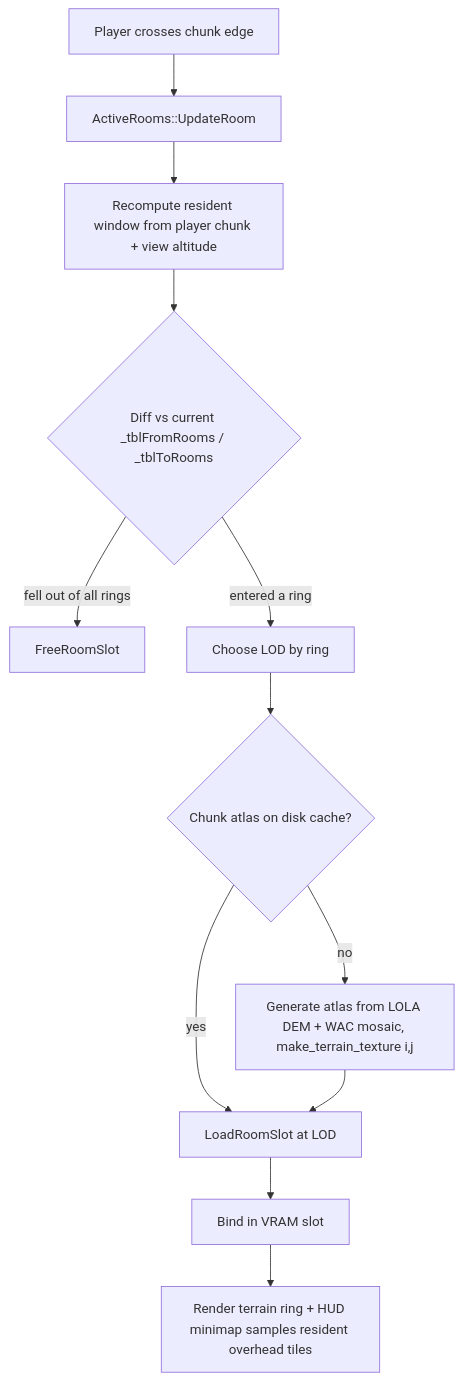
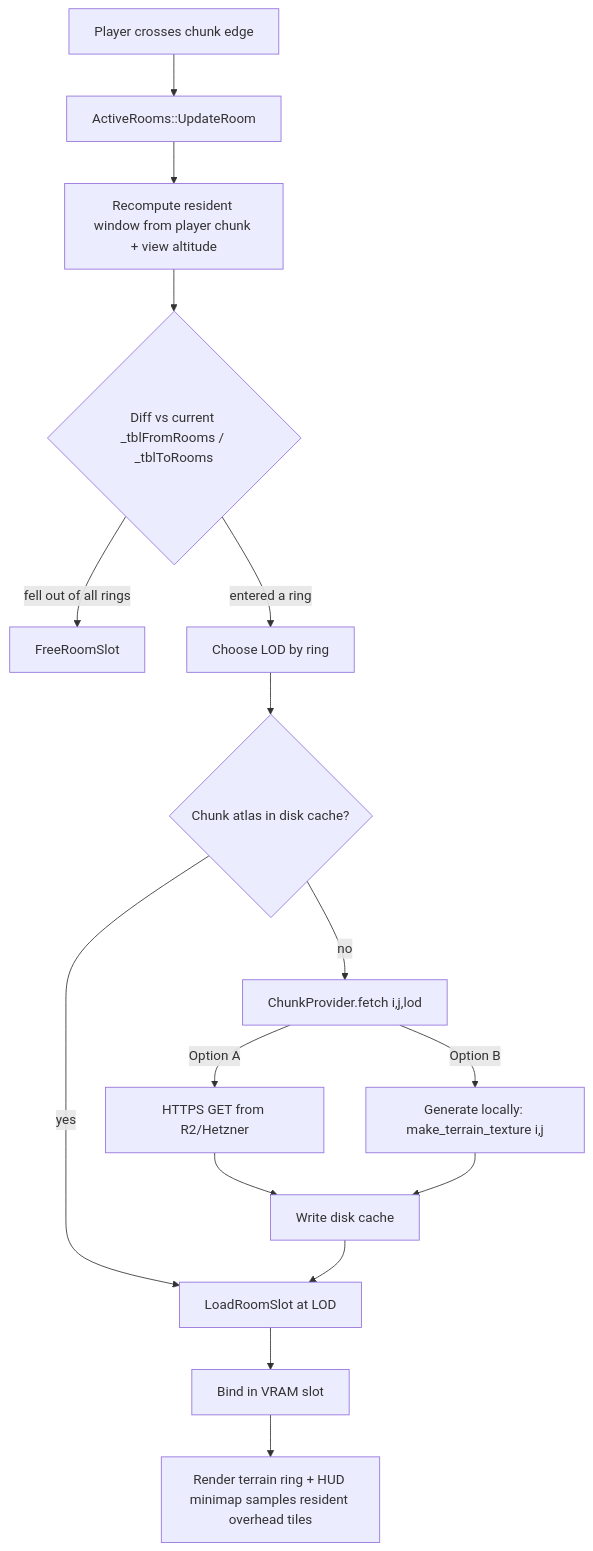
The diagram in docs/plans/2026-06-04-moon-overhead-map-and-chunk-texture-streaming.md (wbniv/WorldFoundry), drawn with Mermaid before and after one commit. The commit also changed other lines of this file, not shown here.

First line of the commit message:
docs(moon): split whole-moon sourcing into Option A (R2 streaming) and Option B (on-device)

````diff
--- a/docs/plans/2026-06-04-moon-overhead-map-and-chunk-texture-streaming.md
+++ b/docs/plans/2026-06-04-moon-overhead-map-and-chunk-texture-streaming.md
@@ -185,14 +188,18 @@
 ```mermaid
 flowchart TD
   P[Player crosses chunk edge] --> U[ActiveRooms::UpdateRoom]
   U --> W[Recompute resident window from player chunk + view altitude]
   W --> D{Diff vs current _tblFromRooms / _tblToRooms}
   D -->|fell out of all rings| F[FreeRoomSlot]
   D -->|entered a ring| L[Choose LOD by ring]
-  L --> C{Chunk atlas on disk cache?}
+  L --> C{Chunk atlas in disk cache?}
   C -->|yes| LS[LoadRoomSlot at LOD]
-  C -->|no| G[Generate atlas from LOLA DEM + WAC mosaic, make_terrain_texture i,j]
-  G --> LS
+  C -->|no| PROV[ChunkProvider.fetch i,j,lod]
+  PROV -->|Option A| NET[HTTPS GET from R2/Hetzner]
+  PROV -->|Option B| GEN[Generate locally: make_terrain_texture i,j]
+  NET --> CACHE[Write disk cache]
+  GEN --> CACHE
+  CACHE --> LS
   LS --> V[Bind in VRAM slot]
   V --> R[Render terrain ring + HUD minimap samples resident overhead tiles]
 ```
````
